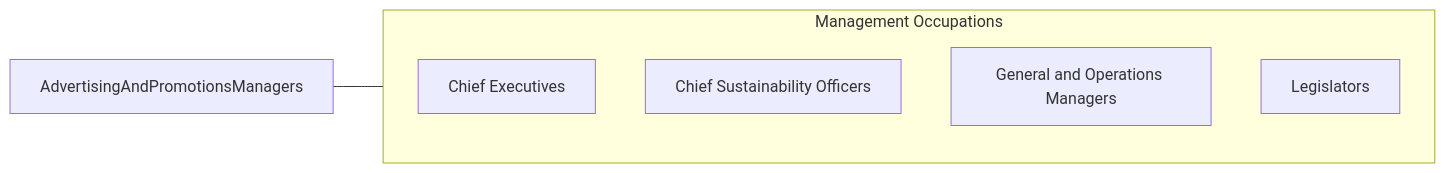
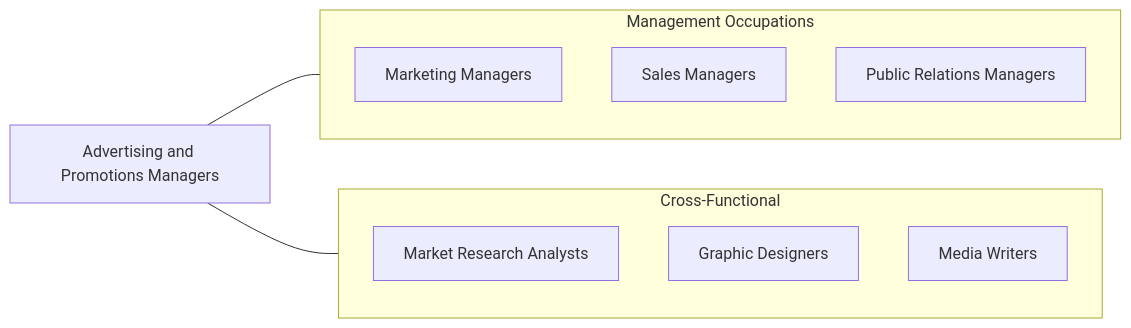
One commit to kziemski/business.org.ai changed the fourth of 4 diagrams in occupations/Management/AdvertisingAndPromotionsManagers.mdx. Above: the diagram before and after it, drawn with Mermaid. The commit also changed other lines of this file and 938 other files, not shown here.

````diff
--- a/occupations/Management/AdvertisingAndPromotionsManagers.mdx
+++ b/occupations/Management/AdvertisingAndPromotionsManagers.mdx
@@ -115,13 +168,19 @@
 ```mermaid
 graph LR
-    Current["AdvertisingAndPromotionsManagers"]
+    APM["Advertising and Promotions Managers"]
 
     subgraph SameCategory["Management Occupations"]
-        ChiefExecutives["Chief Executives"]
-        ChiefSustainabilityO["Chief Sustainability Officers"]
-        GeneralAndOperations["General and Operations Managers"]
-        Legislators["Legislators"]
+        MktM["Marketing Managers"]
+        SM["Sales Managers"]
+        PRM["Public Relations Managers"]
     end
 
-    Current --- SameCategory
+    subgraph CrossFunctional["Cross-Functional"]
+        MR["Market Research Analysts"]
+        GD["Graphic Designers"]
+        MW["Media Writers"]
+    end
+
+    APM --- SameCategory
+    APM --- CrossFunctional
 ```
````
